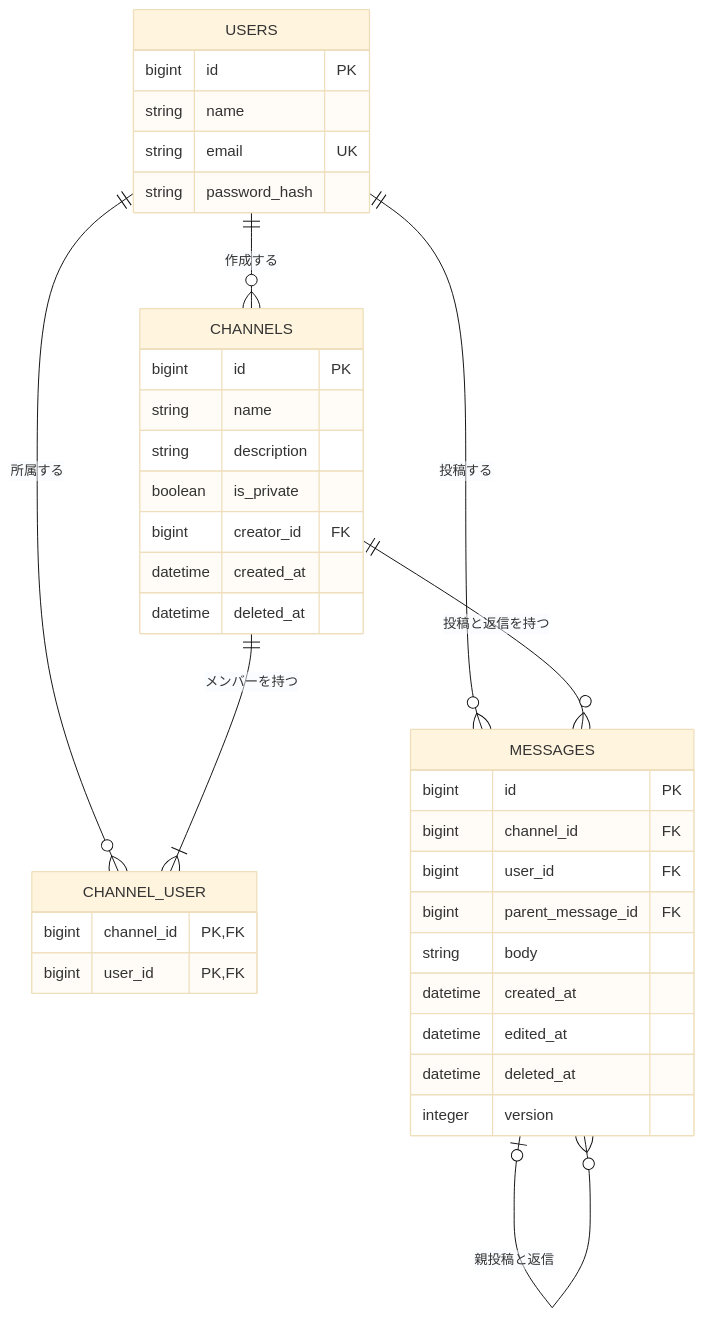
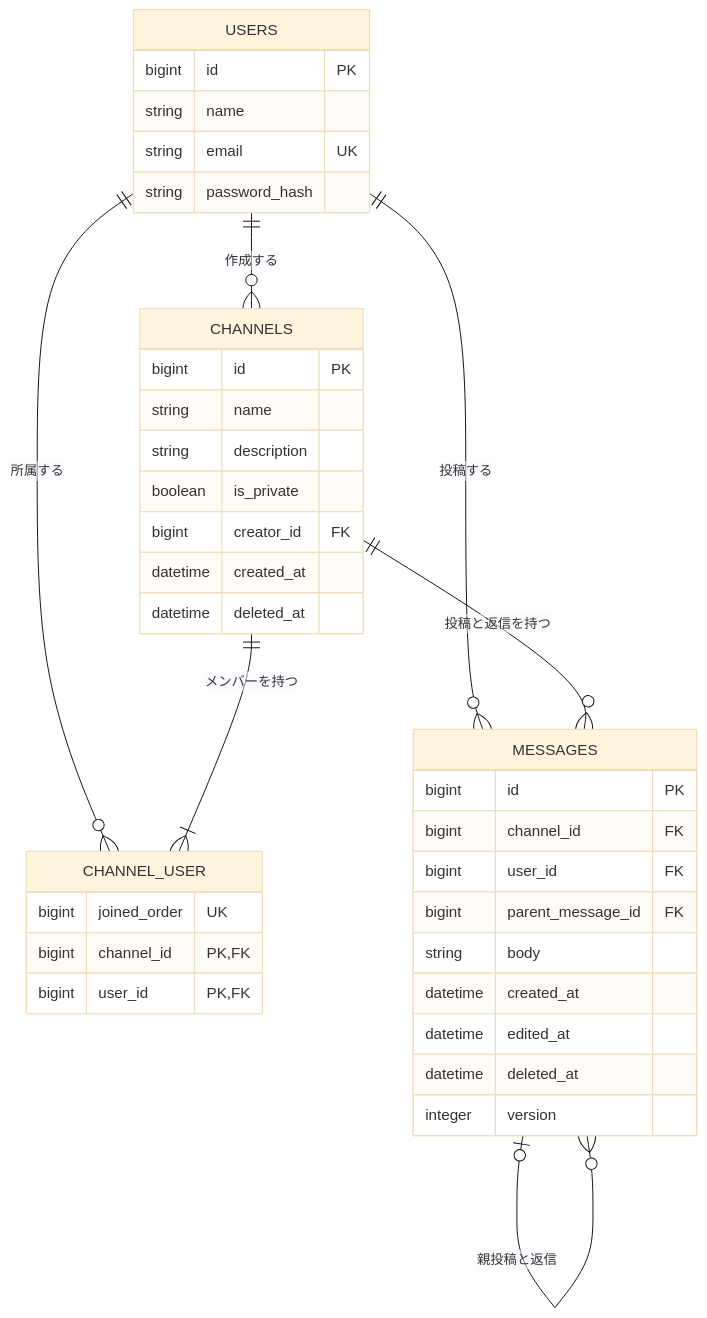
One commit to Tomoyuki-Kuge/teamchat-app changed the diagram in docs/design/data.md. Above: the diagram before and after it, drawn with Mermaid (base theme). The commit also changed other lines of this file and 31 other files, not shown here.

````diff
--- a/docs/design/data.md
+++ b/docs/design/data.md
@@ -9,40 +9,41 @@
 ```mermaid
 erDiagram
     USERS ||--o{ CHANNELS : "作成する"
     USERS ||--o{ CHANNEL_USER : "所属する"
     CHANNELS ||--|{ CHANNEL_USER : "メンバーを持つ"
     USERS ||--o{ MESSAGES : "投稿する"
     CHANNELS ||--o{ MESSAGES : "投稿と返信を持つ"
     MESSAGES |o--o{ MESSAGES : "親投稿と返信"
 
     USERS {
         bigint id PK
         string name
         string email UK
         string password_hash
     }
     CHANNELS {
         bigint id PK
         string name
         string description
         boolean is_private
         bigint creator_id FK
         datetime created_at
         datetime deleted_at
     }
     CHANNEL_USER {
+        bigint joined_order UK
         bigint channel_id PK, FK
         bigint user_id PK, FK
     }
     MESSAGES {
         bigint id PK
         bigint channel_id FK
         bigint user_id FK
         bigint parent_message_id FK
         string body
         datetime created_at
         datetime edited_at
         datetime deleted_at
         integer version
     }
 ```
````
